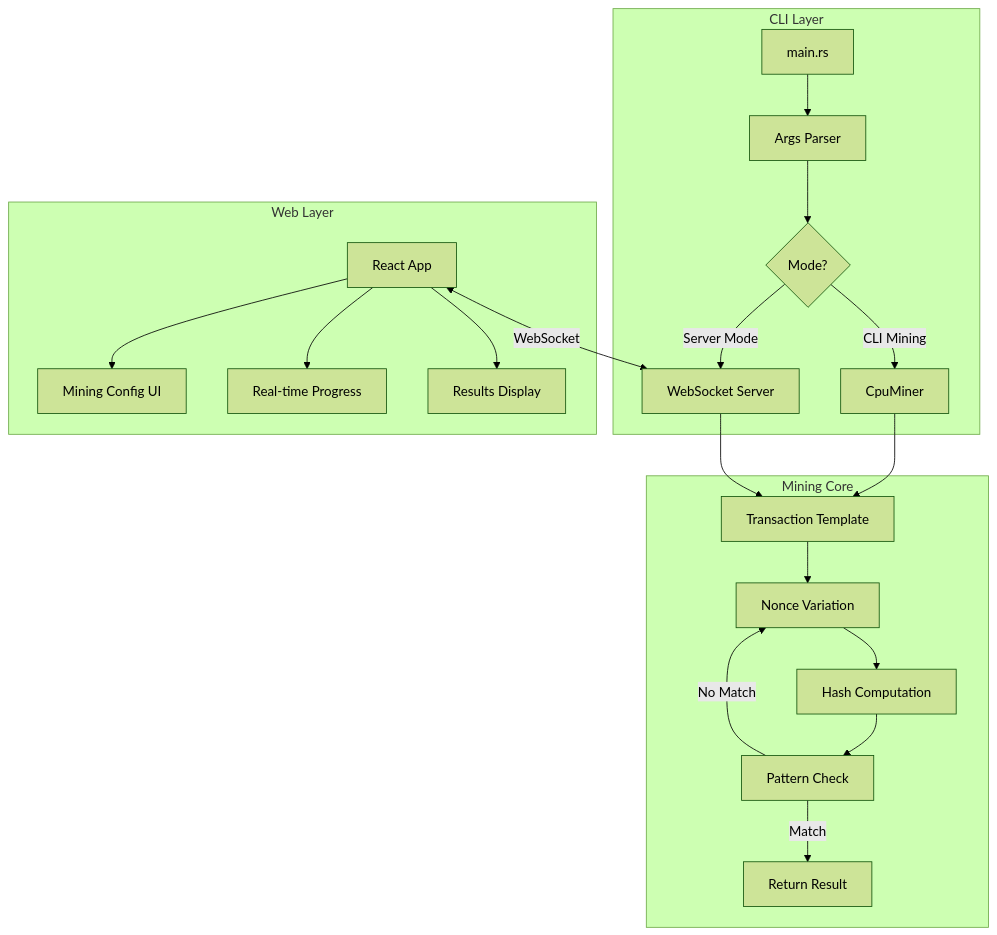
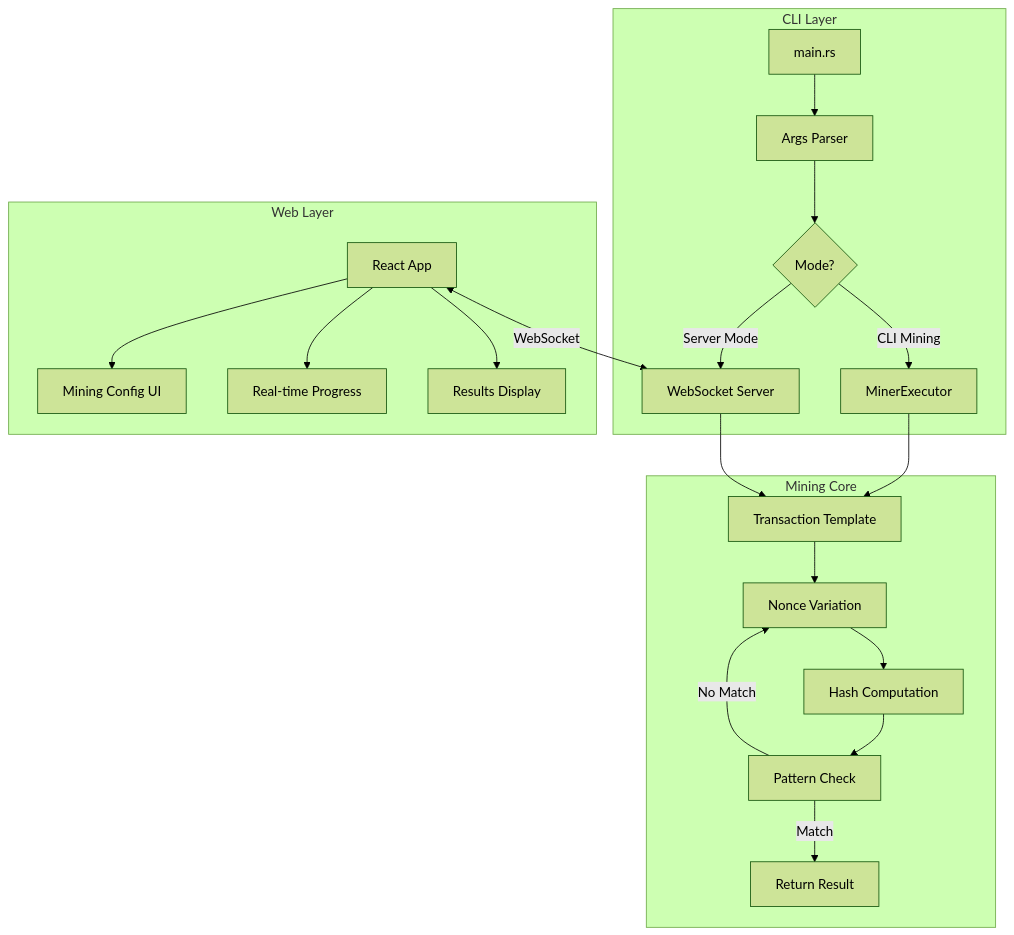
One commit to Kay-79/sui-id-miner changed the first of 2 diagrams in DESIGN.md. Above: the diagram before and after it, drawn with Mermaid (forest theme). The commit also changed other lines of this file and 3 other files, not shown here.

````diff
--- a/DESIGN.md
+++ b/DESIGN.md
@@ -49,26 +49,26 @@
 ```mermaid
 flowchart TB
     subgraph CLI["CLI Layer"]
         A[main.rs] --> B[Args Parser]
         B --> C{Mode?}
-        C -->|CLI Mining| D[CpuMiner]
+        C -->|CLI Mining| D[MinerExecutor]
         C -->|Server Mode| E[WebSocket Server]
     end
     
     subgraph Core["Mining Core"]
         D --> F[Transaction Template]
         E --> F
         F --> G[Nonce Variation]
         G --> H[Hash Computation]
         H --> I[Pattern Check]
         I -->|Match| J[Return Result]
         I -->|No Match| G
     end
     
     subgraph Web["Web Layer"]
         K[React App] <-->|WebSocket| E
         K --> L[Mining Config UI]
         K --> M[Real-time Progress]
         K --> N[Results Display]
     end
 ```
````
